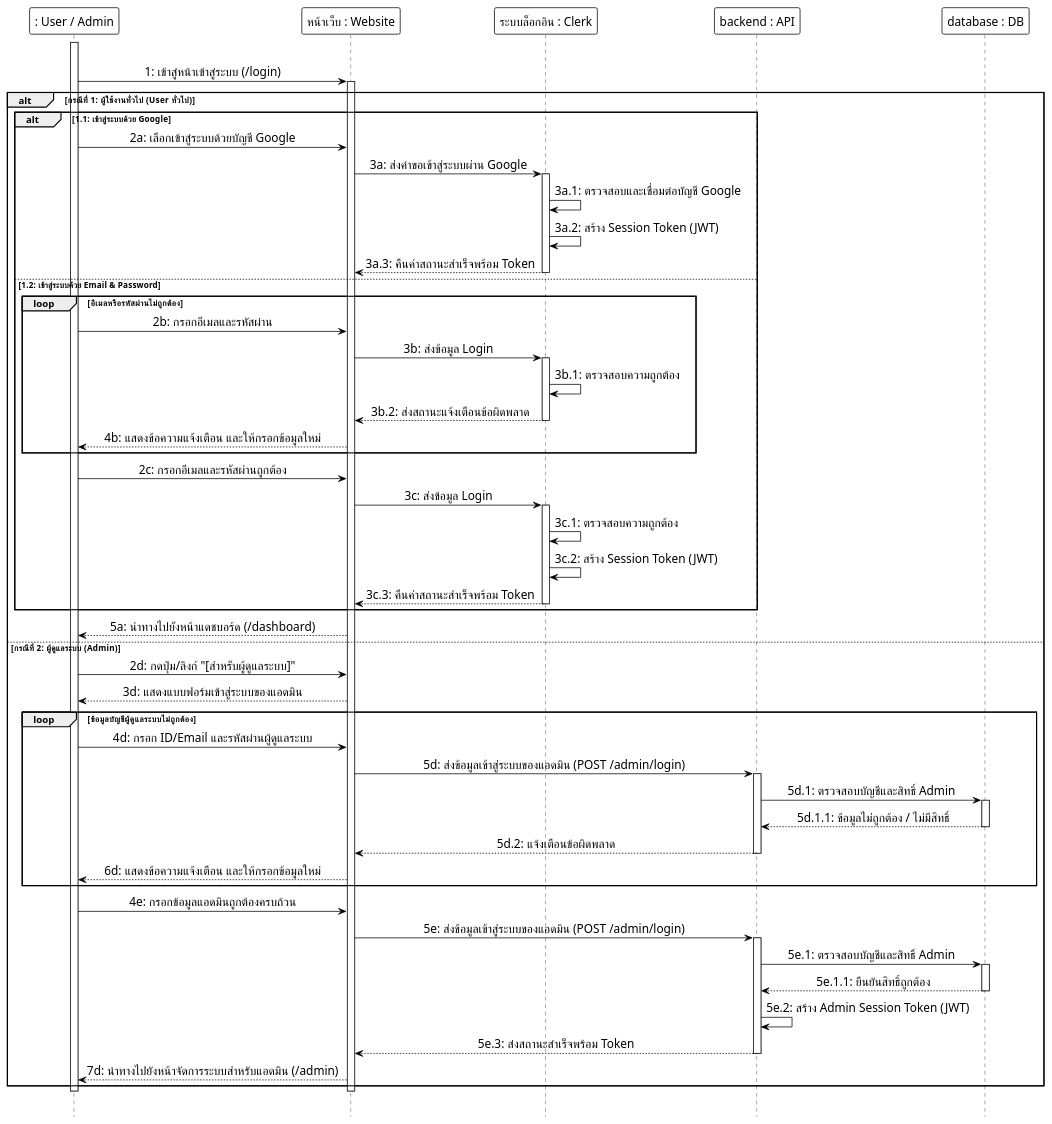
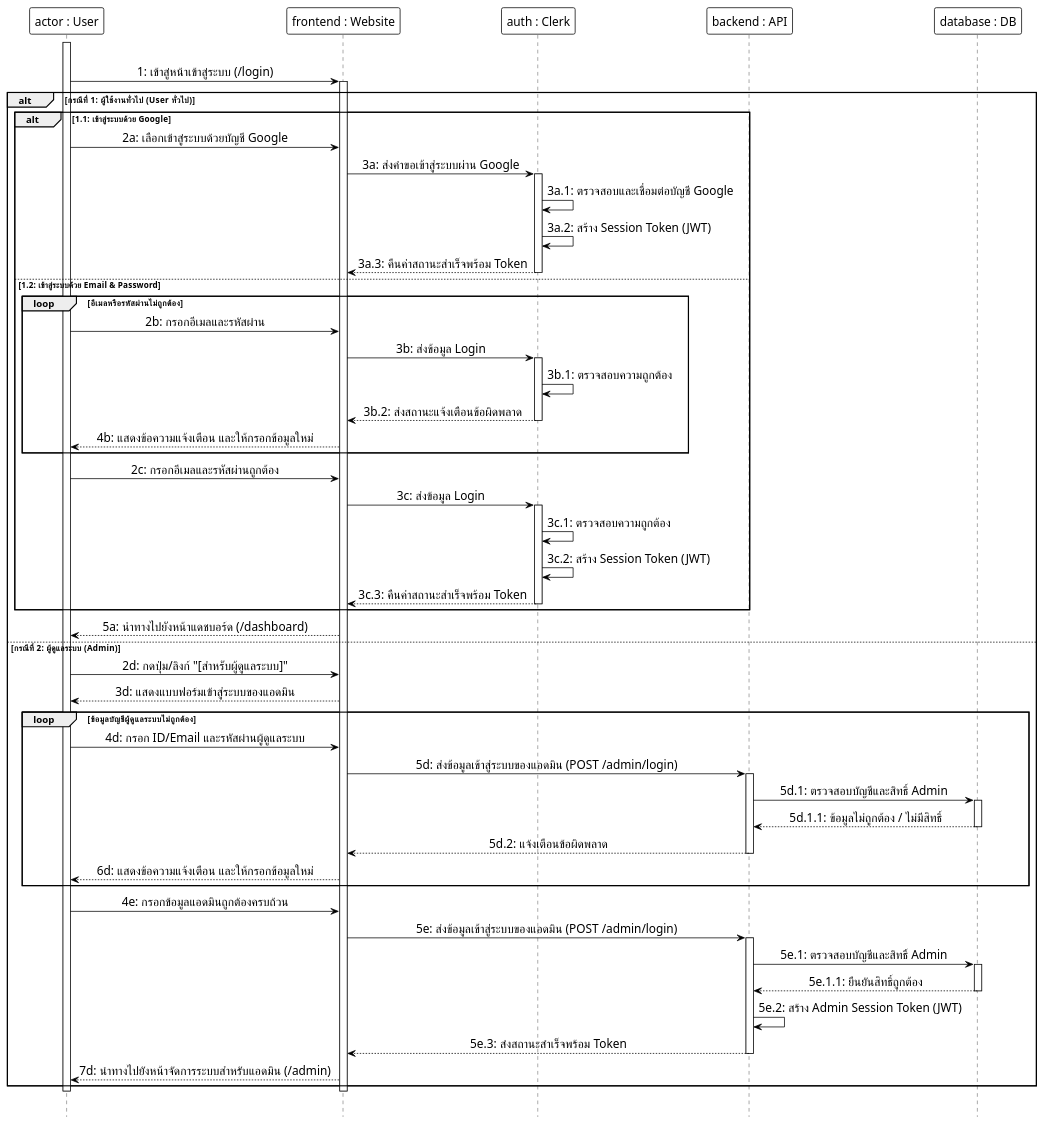
Diagram 11 of 15 in docs/diagrams/plantuml_source/plantuml_sequence_diagrams.md (Anatta-at/my-portfolio-app), drawn with PlantUML before and after one commit. The commit also changed other lines of this file and 16 other files, not shown here.

Commit message:
docs: Update diagram swimlanes and participants to use instance : Class notation

```diff
--- a/docs/diagrams/plantuml_source/plantuml_sequence_diagrams.md
+++ b/docs/diagrams/plantuml_source/plantuml_sequence_diagrams.md
@@ -562,9 +562,9 @@
 skinparam ArrowFontSize 16
 skinparam sequenceMessageAlign center
 
-participant ": User / Admin" as User
-participant "หน้าเว็บ : Website" as Frontend
-participant "ระบบล็อกอิน : Clerk" as Clerk
+participant "actor : User" as User
+participant "frontend : Website" as Frontend
+participant "auth : Clerk" as Clerk
 participant "backend : API" as Backend
 participant "database : DB" as DB
 
```
